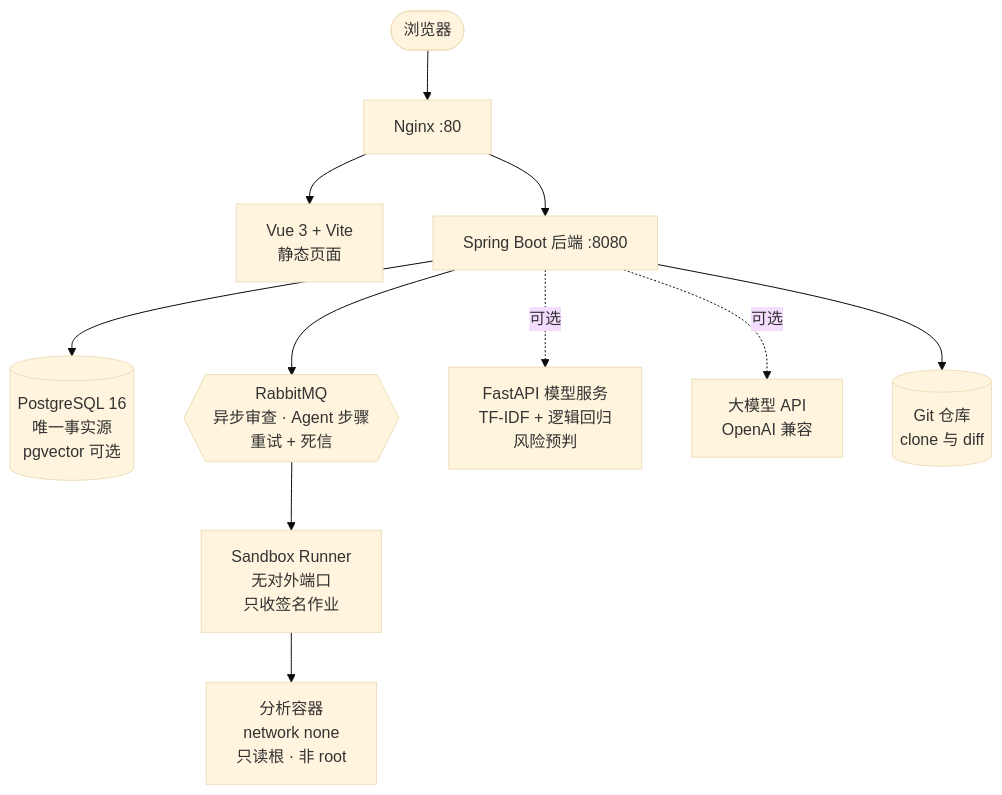
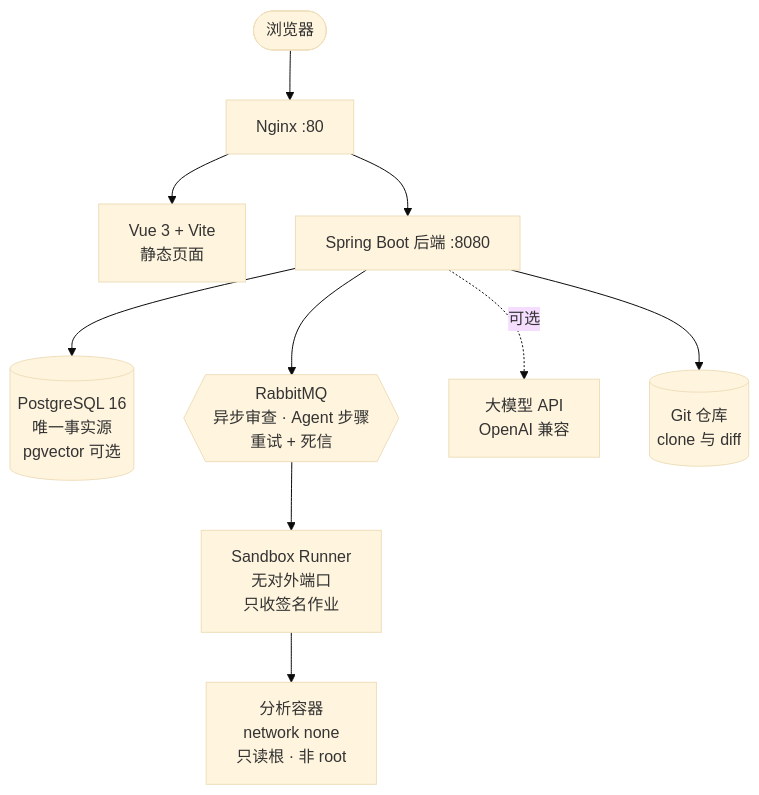
One commit to LinYsssss/ForgePilot changed the first of 2 diagrams in README.md. Above: the diagram before and after it, drawn with Mermaid (base theme). The commit also changed other lines of this file and 28 other files, not shown here.

````diff
--- a/README.md
+++ b/README.md
@@ -120,15 +120,14 @@
 ```mermaid
 flowchart TB
     U(["浏览器"]) --> N["Nginx :80"]
     N --> F["Vue 3 + Vite<br/>静态页面"]
     N --> B["Spring Boot 后端 :8080"]
 
     B --> PG[("PostgreSQL 16<br/>唯一事实源<br/>pgvector 可选")]
     B --> MQ{{"RabbitMQ<br/>异步审查 · Agent 步骤<br/>重试 + 死信"}}
-    B -.可选.-> MS["FastAPI 模型服务<br/>TF-IDF + 逻辑回归<br/>风险预判"]
     B -.可选.-> LLM["大模型 API<br/>OpenAI 兼容"]
     B --> GIT[("Git 仓库<br/>clone 与 diff")]
 
     MQ --> SR["Sandbox Runner<br/>无对外端口<br/>只收签名作业"]
     SR --> DK["分析容器<br/>network none<br/>只读根 · 非 root"]
 ```
````
